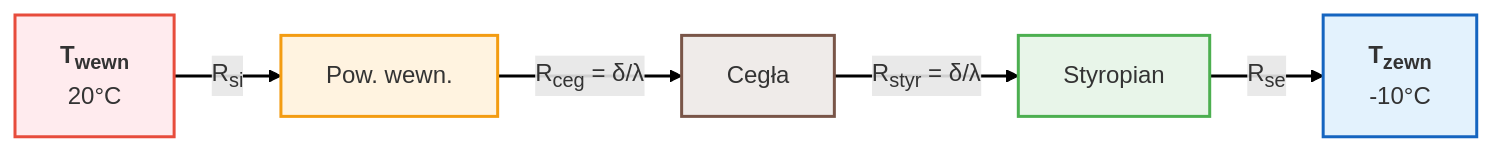
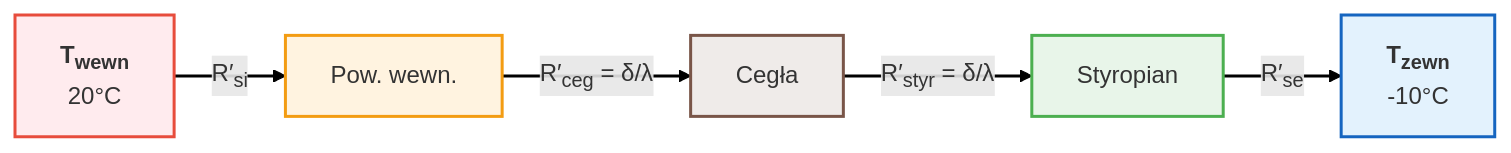
Before and after one commit to moondec/Termodynamika: the second of 2 diagrams in Wyklady/14_Wymiana_Ciepla.qmd, drawn with Mermaid. The commit also changed other lines of this file and 80 other files, not shown here.

````diff
--- a/Wyklady/14_Wymiana_Ciepla.qmd
+++ b/Wyklady/14_Wymiana_Ciepla.qmd
@@ -145,19 +146,19 @@
 ```{mermaid}
 %%| fig-align: center
 %%| fig-width: 10
 %%| fig-height: 1
 
 %%{init: {'theme': 'default', 'flowchart': { 'useMaxWidth': false, 'htmlLabels': true }, 'themeVariables': { 'fontSize': '16px', 'fontFamily': 'sans-serif' }}}%%
 flowchart LR
-    T1["<b>T<sub>wewn</sub></b><br>20°C"] -->|"R<sub>si</sub>"| A["Pow. wewn."]
-    A -->|"R<sub>ceg</sub> = δ/λ"| B["Cegła"]
-    B -->|"R<sub>styr</sub> = δ/λ"| C["Styropian"]
-    C -->|"R<sub>se</sub>"| T2["<b>T<sub>zewn</sub></b><br>-10°C"]
+    T1["<b>T<sub>wewn</sub></b><br>20°C"] -->|"R′<sub>si</sub>"| A["Pow. wewn."]
+    A -->|"R′<sub>ceg</sub> = δ/λ"| B["Cegła"]
+    B -->|"R′<sub>styr</sub> = δ/λ"| C["Styropian"]
+    C -->|"R′<sub>se</sub>"| T2["<b>T<sub>zewn</sub></b><br>-10°C"]
     
     style T1 fill:#ffebee,stroke:#e74c3c,stroke-width:2px
     style A fill:#fff3e0,stroke:#f39c12,stroke-width:2px
     style B fill:#efebe9,stroke:#795548,stroke-width:2px
     style C fill:#e8f5e9,stroke:#4caf50,stroke-width:2px
     style T2 fill:#e3f2fd,stroke:#1565c0,stroke-width:2px
     linkStyle default stroke-width:2px,fill:none,stroke:black
 ```
````
